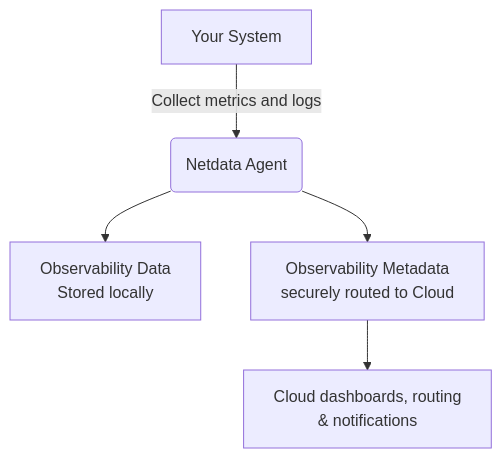
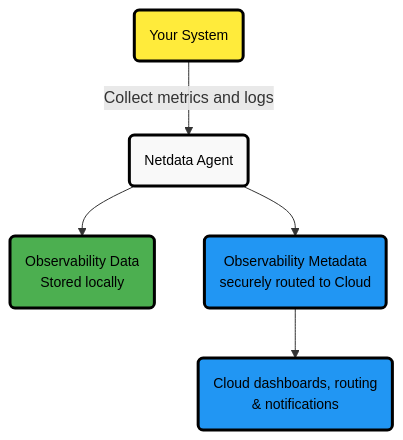
The diagram in docs/security-and-privacy-design/README.md (netdata/netdata), drawn with Mermaid before and after one commit. The commit also changed other lines of this file and 21 other files, not shown here.

Commit message:
Fix Mermaid diagrams across multiple files

````diff
--- a/docs/security-and-privacy-design/README.md
+++ b/docs/security-and-privacy-design/README.md
@@ -38,7 +36,19 @@
 ```mermaid
 flowchart TD
-    A[Your System] -->|Collect metrics and logs| B(Netdata Agent)
-    B --> C[Observability Data<br/>Stored locally]
-    B --> D[Observability Metadata<br/>securely routed to Cloud]
-    D --> E[Cloud dashboards, routing<br/>& notifications]
+    A("Your System") -->|"Collect metrics and logs"| B("Netdata Agent")
+    B --> C("Observability Data<br/>Stored locally")
+    B --> D("Observability Metadata<br/>securely routed to Cloud")
+    D --> E("Cloud dashboards, routing<br/>& notifications")
+
+    %% Style definitions
+    classDef alert fill:#ffeb3b,stroke:#000000,stroke-width:3px,color:#000000,font-size:14px
+    classDef neutral fill:#f9f9f9,stroke:#000000,stroke-width:3px,color:#000000,font-size:14px
+    classDef complete fill:#4caf50,stroke:#000000,stroke-width:3px,color:#000000,font-size:14px
+    classDef database fill:#2196F3,stroke:#000000,stroke-width:3px,color:#000000,font-size:14px
+
+    %% Apply styles
+    class A alert
+    class B neutral
+    class C complete
+    class D,E database
 ```
````
